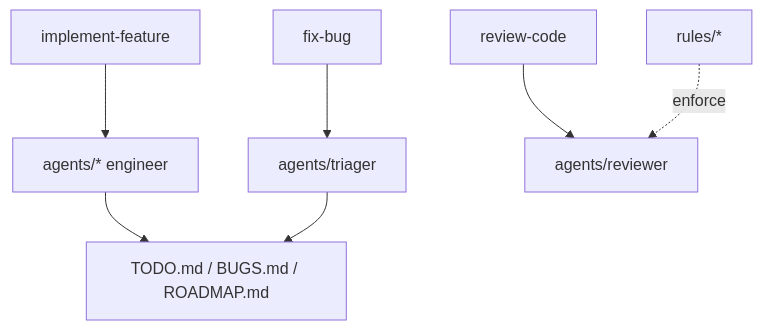
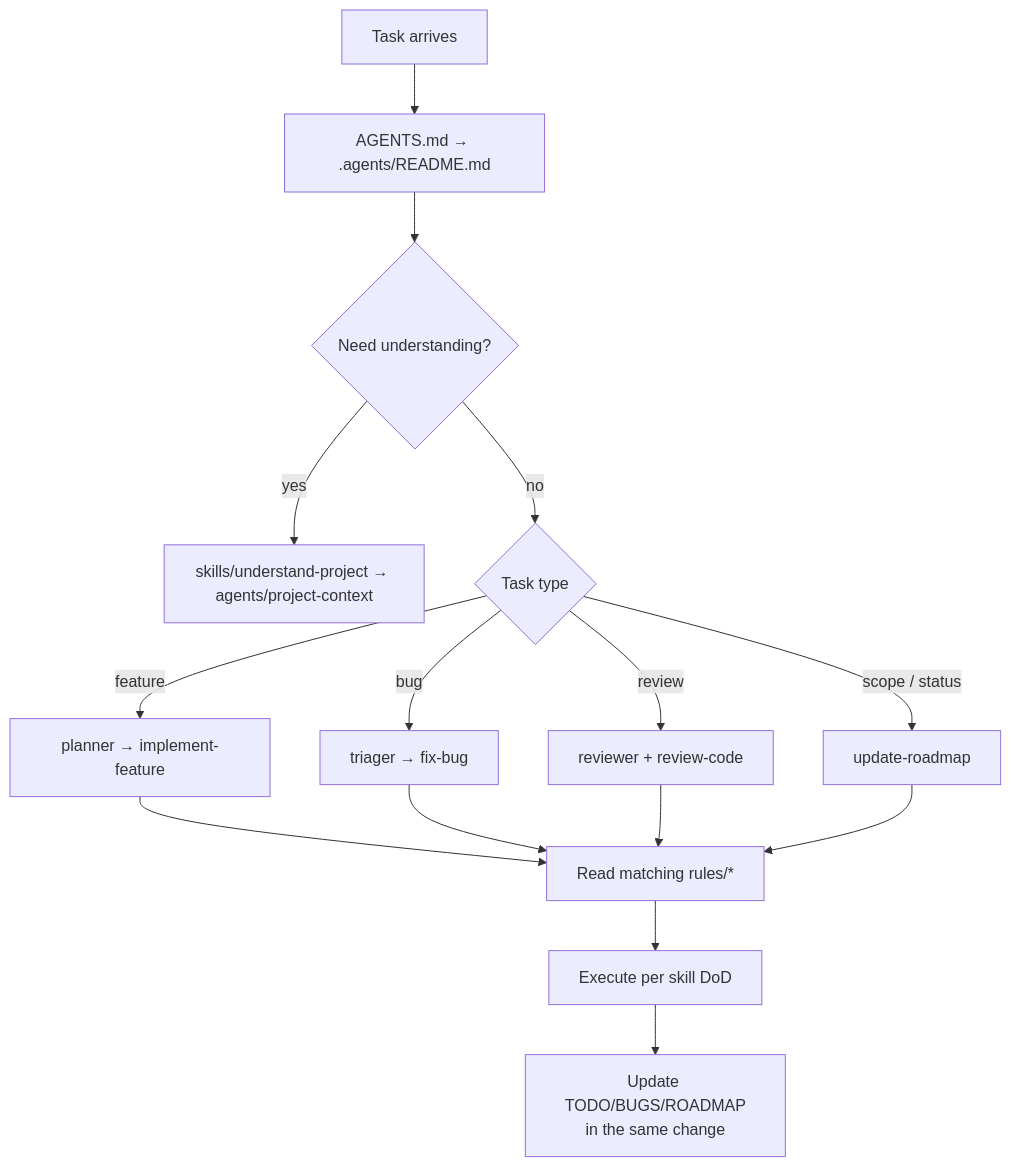
The diagram in .agents/README.md (HELIX-Origin/nhentai-desktop), drawn with Mermaid before and after one commit. The commit also changed other lines of this file and 105 other files, not shown here.

````diff
--- a/.agents/README.md
+++ b/.agents/README.md
@@ -75,8 +29,14 @@
 ```mermaid
 flowchart TD
-    IMPL[implement-feature] --> ENG[agents/* engineer]
-    FIX[fix-bug] --> TRI[agents/triager]
-    REV[review-code] --> REVW[agents/reviewer]
-    RULES[rules/*] -. enforce .-> REVW
-    ENG & TRI --> DOCS[TODO.md / BUGS.md / ROADMAP.md]
+    T[Task arrives] --> R[AGENTS.md → .agents/README.md]
+    R --> S{Need understanding?}
+    S -- yes --> U[skills/understand-project → agents/project-context]
+    S -- no --> G{Task type}
+    G -->|feature| F[planner → implement-feature]
+    G -->|bug| B[triager → fix-bug]
+    G -->|review| RV[reviewer + review-code]
+    G -->|scope / status| P[update-roadmap]
+    F & B & RV & P --> C[Read matching rules/*]
+    C --> D[Execute per skill DoD]
+    D --> E[Update TODO/BUGS/ROADMAP<br/>in the same change]
 ```
````
